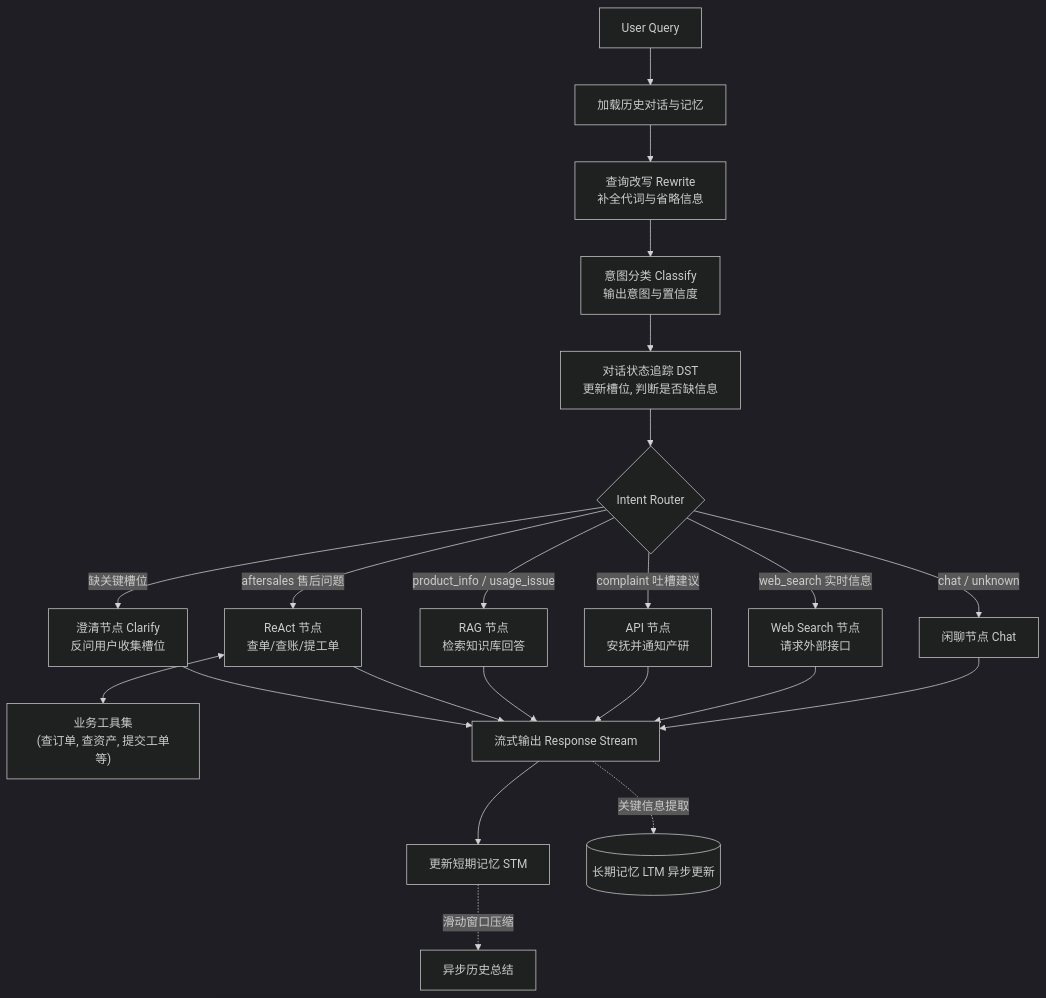
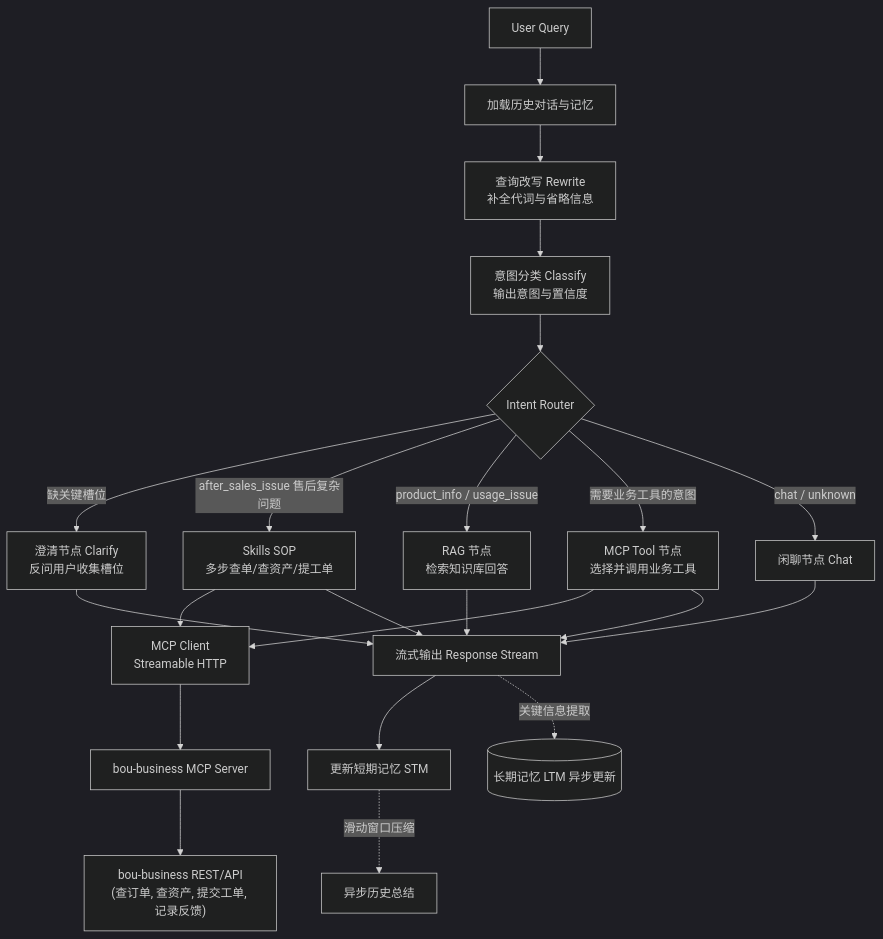
The diagram in README.md (XiaoBaiCaiBao/ai-customer), drawn with Mermaid (dark theme) before and after one commit. The commit also changed other lines of this file and 55 other files, not shown here.

````diff
--- a/README.md
+++ b/README.md
@@ -20,28 +21,28 @@
 ```mermaid
 graph TD
   User[User Query] --> Init[加载历史对话与记忆]
   Init --> Rewrite[查询改写 Rewrite\n补全代词与省略信息]
   Rewrite --> Classify[意图分类 Classify\n输出意图与置信度]
-  Classify --> DST[对话状态追踪 DST\n更新槽位, 判断是否缺信息]
-  DST --> Router{Intent Router}
+  Classify --> Router{Intent Router}
   
   Router -->|缺关键槽位| Clarify[澄清节点 Clarify\n反问用户收集槽位]
-  Router -->|aftersales 售后问题| ReAct[ReAct 节点\n查单/查账/提工单]
+  Router -->|after_sales_issue 售后复杂问题| Skills[Skills SOP\n多步查单/查资产/提工单]
   Router -->|product_info / usage_issue| RAG[RAG 节点\n检索知识库回答]
-  Router -->|complaint 吐槽建议| API[API 节点\n安抚并通知产研]
-  Router -->|web_search 实时信息| WebSearch[Web Search 节点\n请求外部接口]
+  Router -->|需要业务工具的意图| MCP[MCP Tool 节点\n选择并调用业务工具]
   Router -->|chat / unknown| Chat[闲聊节点 Chat]
   
-  ReAct <--> Tools["业务工具集\n(查订单, 查资产, 提交工单等)"]
+  MCP --> Client[MCP Client\nStreamable HTTP]
+  Skills --> Client
+  Client --> Server[bou-business MCP Server]
+  Server --> BizAPI["bou-business REST/API\n(查订单, 查资产, 提交工单, 记录反馈)"]
   
   Clarify --> Out[流式输出 Response Stream]
-  ReAct --> Out
+  Skills --> Out
   RAG --> Out
-  API --> Out
-  WebSearch --> Out
+  MCP --> Out
   Chat --> Out
   
   Out --> STM[更新短期记忆 STM]
   STM -.->|滑动窗口压缩| Comp[异步历史总结]
   Out -.->|关键信息提取| LTM[(长期记忆 LTM 异步更新)]
 ```
````
